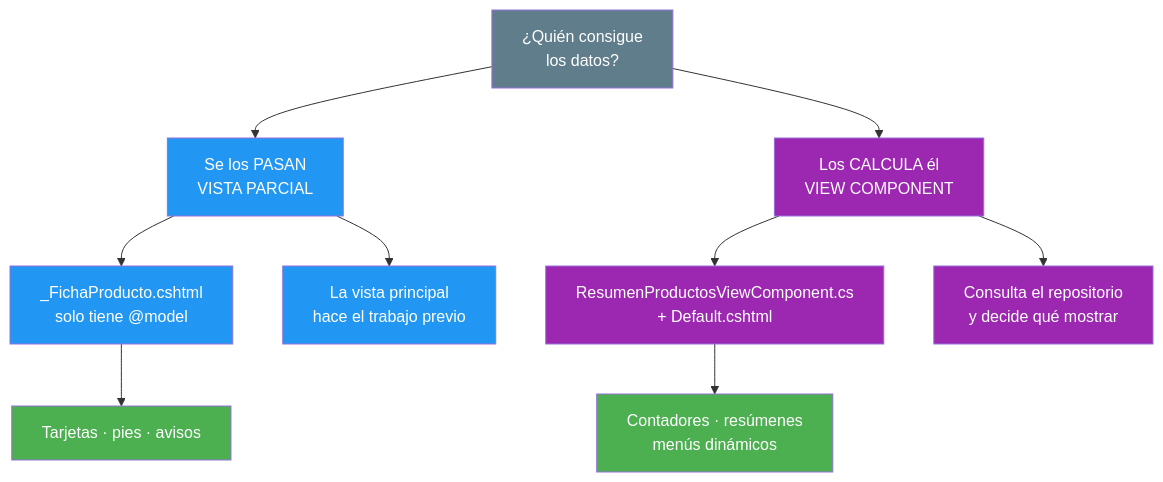
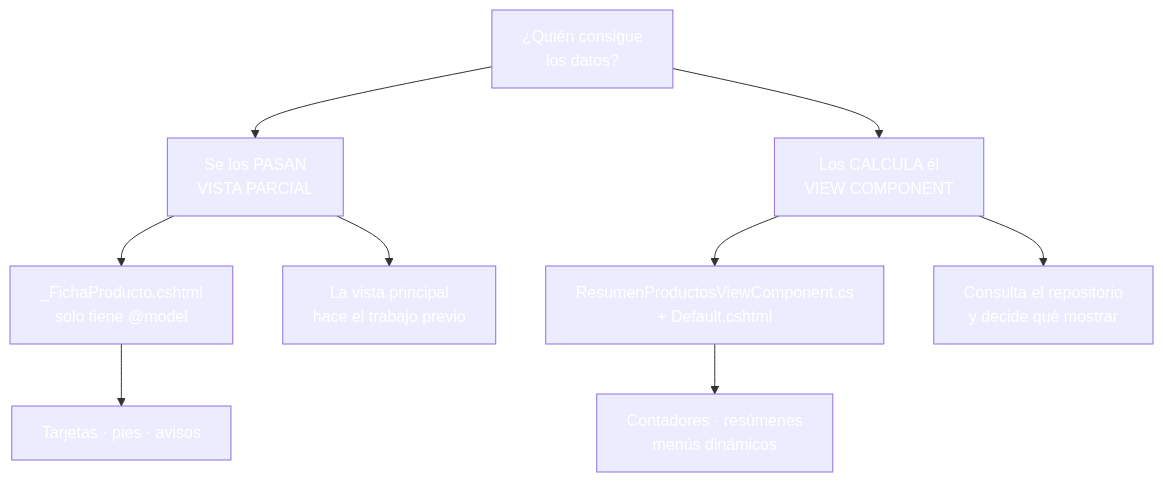
One commit to joseluisgs/DesarrolloWebEntornosServidor-03-2026-2027 changed the fourth of 5 diagrams in 05-layouts-partials-componentes.md. Above: the diagram before and after it, drawn with Mermaid. The commit also changed other lines of this file and 30 other files, not shown here.

````diff
--- a/05-layouts-partials-componentes.md
+++ b/05-layouts-partials-componentes.md
@@ -410,24 +410,24 @@
 ```mermaid
 graph TD
     A["¿Quién consigue<br/>los datos?"] --> B["Se los PASAN<br/>VISTA PARCIAL"]
     A --> C["Los CALCULA él<br/>VIEW COMPONENT"]
 
     B --> B1["_FichaProducto.cshtml<br/>solo tiene @model"]
     B --> B2["La vista principal<br/>hace el trabajo previo"]
 
     C --> C1["ResumenProductosViewComponent.cs<br/>+ Default.cshtml"]
     C --> C2["Consulta el repositorio<br/>y decide qué mostrar"]
 
     B1 --> D["Tarjetas · pies · avisos"]
     C1 --> E["Contadores · resúmenes<br/>menús dinámicos"]
 
-    style A fill:#607D8B,color:#fff
-    style B fill:#2196F3,color:#fff
-    style C fill:#9C27B0,color:#fff
-    style B1 fill:#2196F3,color:#fff
-    style B2 fill:#2196F3,color:#fff
-    style C1 fill:#9C27B0,color:#fff
-    style C2 fill:#9C27B0,color:#fff
-    style D fill:#4CAF50,color:#fff
-    style E fill:#4CAF50,color:#fff
+    style A fill:#607D8,color:#fffB,color:#fff
+    style B fill:#2196F,color:#fff3,color:#fff
+    style C fill:#9C27B,color:#fff0,color:#fff
+    style B1 fill:#2196F,color:#fff3,color:#fff
+    style B2 fill:#2196F,color:#fff3,color:#fff
+    style C1 fill:#9C27B,color:#fff0,color:#fff
+    style C2 fill:#9C27B,color:#fff0,color:#fff
+    style D fill:#4CAF5,color:#fff0,color:#fff
+    style E fill:#4CAF5,color:#fff0,color:#fff
 ```
````
